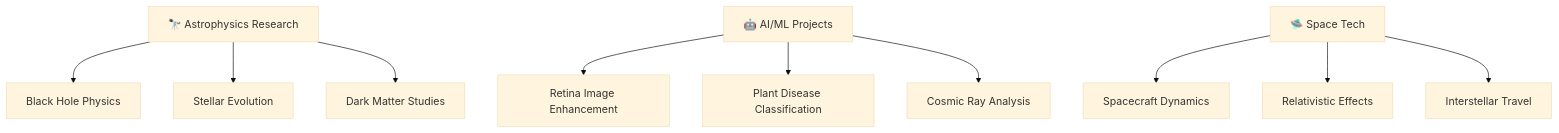
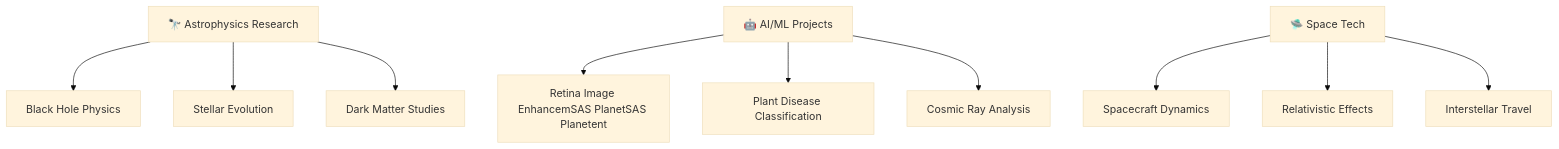
Before and after one commit to aayu-sha/aayu-sha: the diagram in README.md, drawn with Mermaid (base theme). The commit also changed other lines of this file, not shown here.

````diff
--- a/README.md
+++ b/README.md
@@ -142,14 +140,14 @@
 ```mermaid
 graph TD
     A[🔭 Astrophysics Research] --> B[Black Hole Physics]
     A --> C[Stellar Evolution]
     A --> D[Dark Matter Studies]
     
-    E[🤖 AI/ML Projects] --> F[Retina Image Enhancement]
+    E[🤖 AI/ML Projects] --> F[Retina Image EnhancemSAS PlanetSAS Planetent]
     E --> G[Plant Disease Classification]
     E --> H[Cosmic Ray Analysis]
     
     I[🛸 Space Tech] --> J[Spacecraft Dynamics]
     I --> K[Relativistic Effects]
     I --> L[Interstellar Travel]
 ```
````
